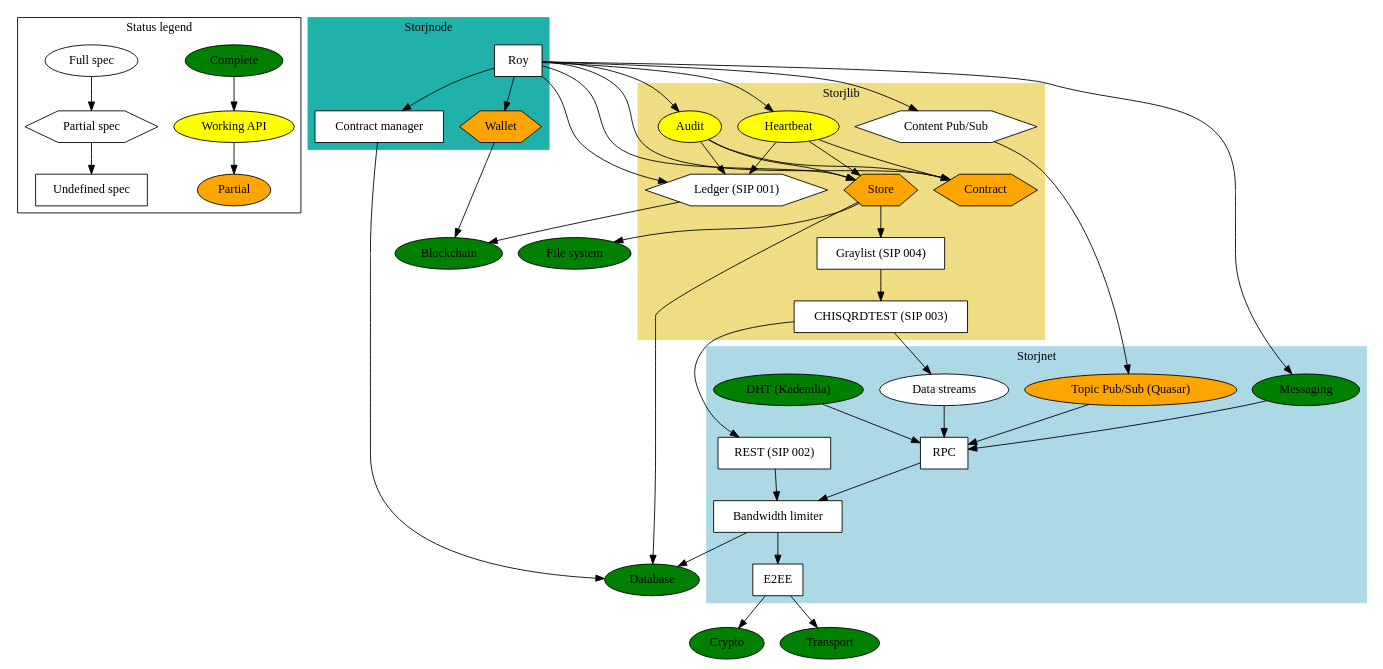
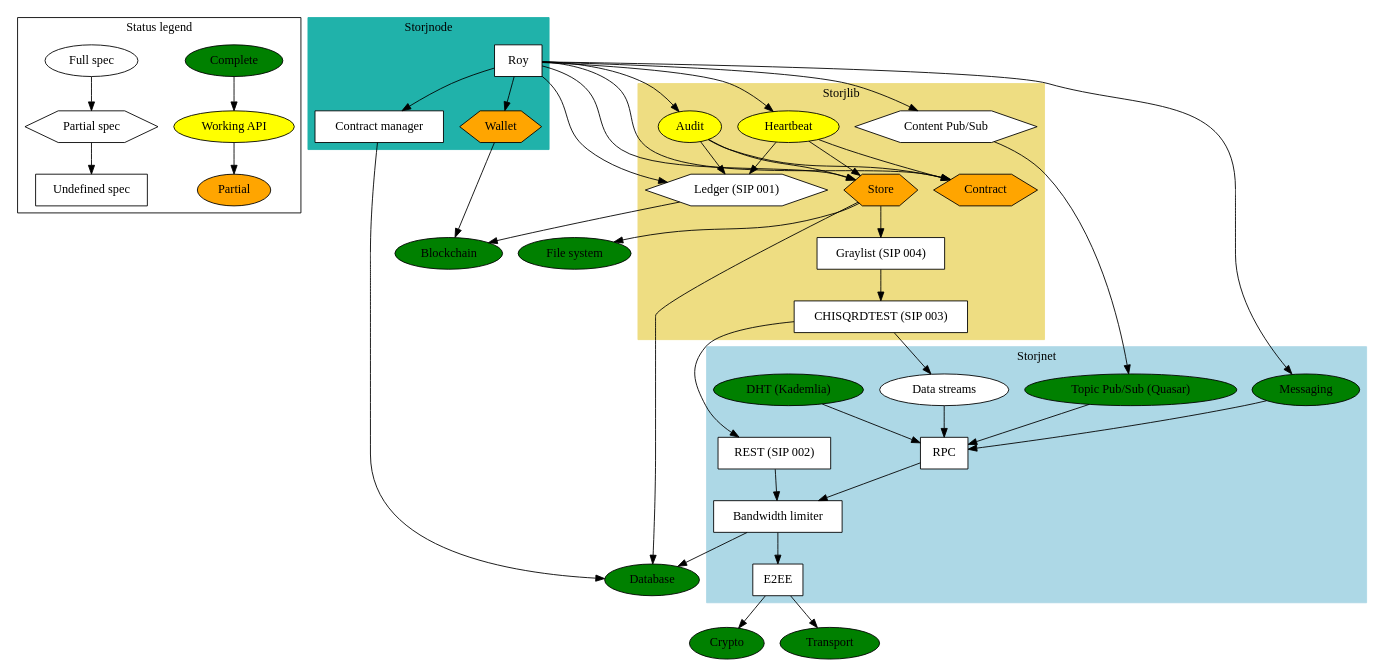
Before and after one commit to StorjOld/storjspec: the diagram in status.dot, drawn with Graphviz. The commit also changed 3 other files, not shown here.

Commit message:
update status graph

```diff
--- a/status.dot
+++ b/status.dot
@@ -1,109 +1,109 @@
 // syntax guide: http://www.graphviz.org/pdf/dotguide.pdf
 // compile png: `dot -Tpng status.dot -o status.png`
 // compile pdf: `dot -Tpdf status.dot -o status.pdf`
 
 
 digraph G {
     node [shape="box", style="filled", color="black", fillcolor="white"];
 
     // LEGEND
     subgraph cluster_0 {
         label = "Status legend";
 
         "Complete" [fillcolor=green, shape=ellipse];
         "Working API" [fillcolor=yellow, shape=ellipse];
         "Partial" [fillcolor=orange, shape=ellipse];
 
         "Full spec" [shape=ellipse];
         "Partial spec" [shape=hexagon];
         "Undefined spec" [shape=box];
     };
     "Complete" -> "Working API" -> "Partial";
     "Full spec" -> "Partial spec" -> "Undefined spec";
 
 
     // STORJNET
     subgraph cluster_1 {
         label = "Storjnet";
         style=filled;
         color=lightblue;
 
         "DHT (Kademlia)" [fillcolor=green, shape=ellipse];
-        "Topic Pub/Sub (Quasar)" [fillcolor=orange, shape=ellipse]; // enable publishing and subscribing to events
+        "Topic Pub/Sub (Quasar)" [fillcolor=green, shape=ellipse]; // enable publishing and subscribing to events
         "Data streams" [shape=ellipse]; // full duplex data transfer
         "Messaging" [fillcolor=green, shape=ellipse]; // to shortcut the pubsub after peer found
         "RPC"; // rpc calls and data transfer between clients
         "E2EE"; // End-to-end encryption
         "Bandwidth limiter";
         "REST (SIP 002)"; // put/get shards
     };
     "DHT (Kademlia)" -> "RPC";
     "Topic Pub/Sub (Quasar)" -> "RPC";
     "Messaging" -> "RPC";
     "Data streams" -> "RPC";
     "RPC" -> "Bandwidth limiter";
     "REST (SIP 002)" -> "Bandwidth limiter";
     "Bandwidth limiter" -> "E2EE";
     "E2EE" -> "Crypto";
     "E2EE" -> "Transport";
     "Bandwidth limiter" -> "Database";
 
     // STORJLIB
     subgraph cluster_2 {
         label = "Storjlib";
         style=filled;
         color=lightgoldenrod;
 
         "Contract" [fillcolor=orange, shape=hexagon]; // terms of a storage contract between peers
         "Audit" [fillcolor=yellow, shape=ellipse]; // track state of a contract over time
         "Store" [fillcolor=orange, shape=hexagon];
         "Heartbeat" [fillcolor=yellow, shape=ellipse];
         "Ledger (SIP 001)" [shape=hexagon];
         "Graylist (SIP 004)";
         "CHISQRDTEST (SIP 003)";
         "Content Pub/Sub" [shape=hexagon]; // enable publishing and subscribing to events
     };
     "Content Pub/Sub" -> "Topic Pub/Sub (Quasar)";
     "Audit" -> "Contract"; // when/how to perform the audit
     "Audit" -> "Store"; // perform audit challange
     "Audit" -> "Ledger (SIP 001)"; // save result in ledger
     "Heartbeat" -> "Contract";
     "Heartbeat" -> "Store"; // perform heartbeat challange
     "Heartbeat" -> "Ledger (SIP 001)"; // save result in ledger
     "Store" -> "File system";
     "Store" -> "Graylist (SIP 004)";
     "Store" -> "Database";
     "Ledger (SIP 001)" -> "Blockchain";
     "Graylist (SIP 004)" -> "CHISQRDTEST (SIP 003)";
     "CHISQRDTEST (SIP 003)" -> "Data streams";
     "CHISQRDTEST (SIP 003)" -> "REST (SIP 002)";
 
     // STORJNODE
     subgraph cluster_3 {
         label = "Storjnode";
         style=filled;
         color=lightseagreen;
 
         "Roy"; // for sending/receiving of funds for services used 
         "Wallet" [fillcolor=orange, shape=hexagon];
         "Contract manager"; // Store contracts
     };
     "Roy" -> "Contract manager";
     "Contract manager" -> "Database";
     "Wallet" -> "Blockchain";
     "Roy" -> "Content Pub/Sub"; // ask/bid on contracts
     "Roy" -> "Messaging";
     "Roy" -> "Audit"; // perform audits
     "Roy" -> "Contract"; // verify agreed to use/provide a service
     "Roy" -> "Heartbeat";
     "Roy" -> "Ledger (SIP 001)"; // verify service was used/provided
     "Roy" -> "Wallet"; // transfer funds
     "Roy" -> "Store";
 
     // EXTERNAL
     "File system" [fillcolor=green, shape=ellipse];
     "Crypto" [fillcolor=green, shape=ellipse];
     "Database" [fillcolor=green, shape=ellipse];
     "Blockchain" [fillcolor=green, shape=ellipse];
     "Transport" [fillcolor=green, shape=ellipse];
 }
```
